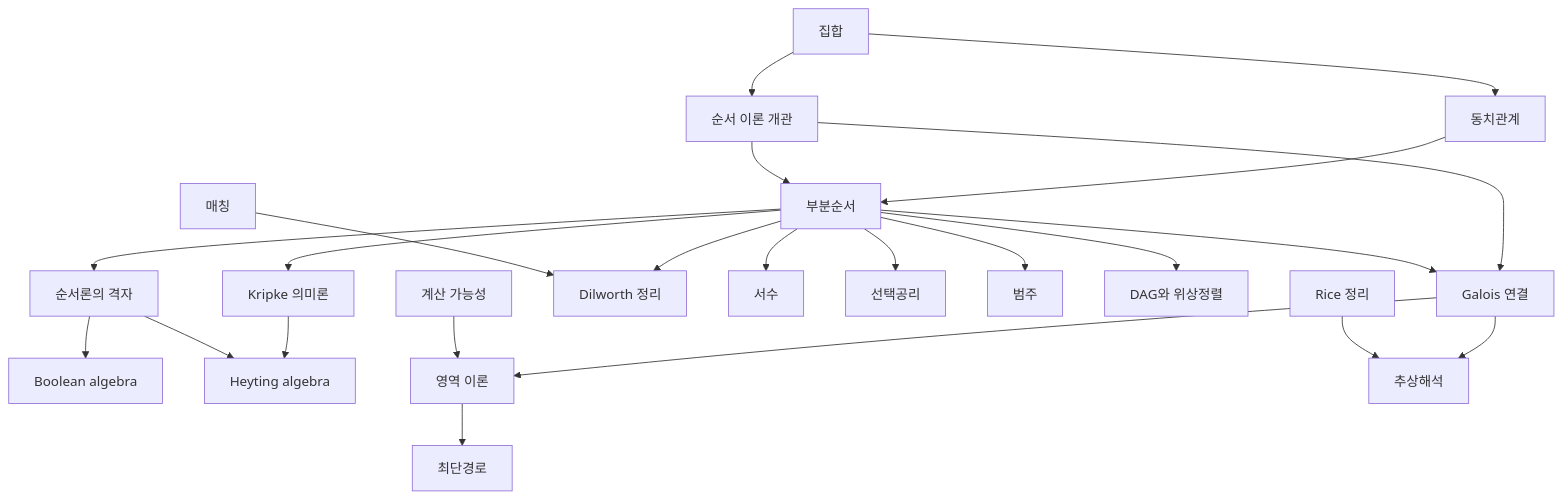
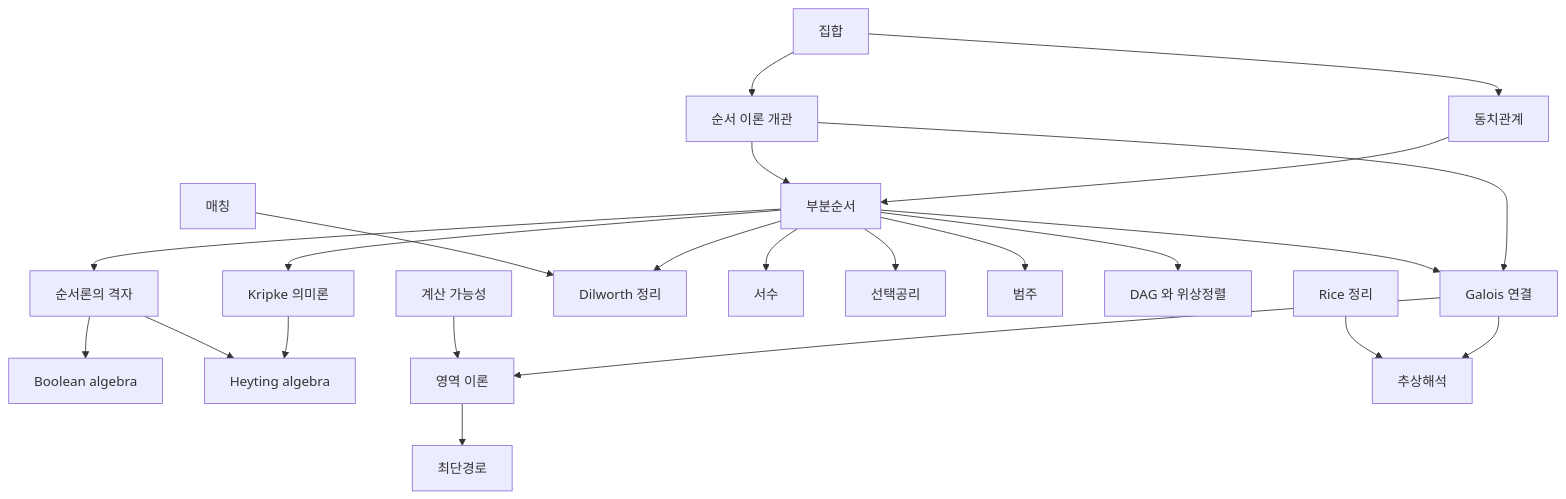
Before and after one commit to Phryxia/math-map: the diagram in docs/order-theory-overview.md, drawn with Mermaid. The commit also changed other lines of this file and 15 other files, not shown here.

````diff
--- a/docs/order-theory-overview.md
+++ b/docs/order-theory-overview.md
@@ -13,25 +13,25 @@
 ```mermaid
 graph TD
   SETS["집합"] --> REL["동치관계"]
   SETS --> OTO["순서 이론 개관"]
   REL --> PO["부분순서"]
   OTO --> PO
   OTO --> GC["Galois 연결"]
   PO --> LAT["순서론의 격자"]
   LAT --> BA["Boolean algebra"]
   PO --> KS["Kripke 의미론"]
   KS --> HA["Heyting algebra"]
   LAT --> HA
   PO --> GC
   PO --> DW["Dilworth 정리"]
   PO --> ORD["서수"]
   PO --> AC["선택공리"]
   PO --> CAT["범주"]
-  PO --> DAG["DAG와 위상정렬"]
+  PO --> DAG["DAG 와 위상정렬"]
   MAT["매칭"] --> DW
   GC --> DT["영역 이론"]
   GC --> AI["추상해석"]
   COMP["계산 가능성"] --> DT
   RICE["Rice 정리"] --> AI
   DT --> SP["최단경로"]
 ```
````
